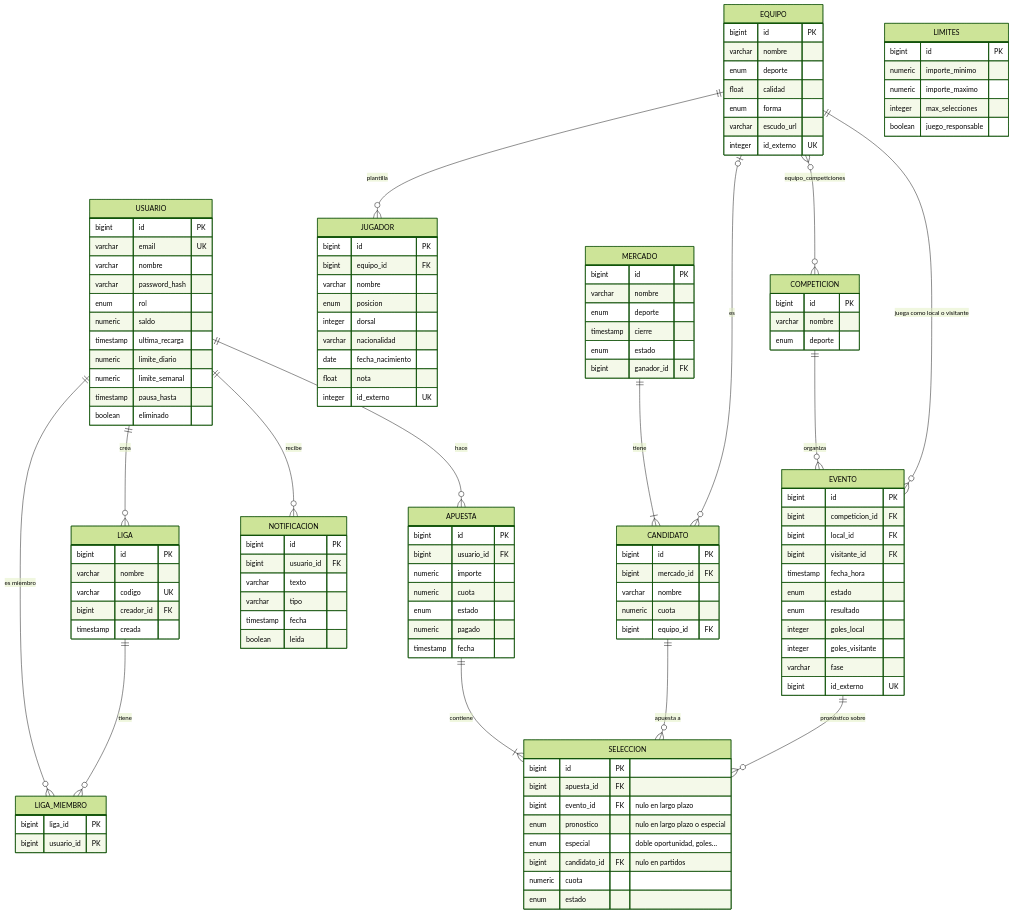
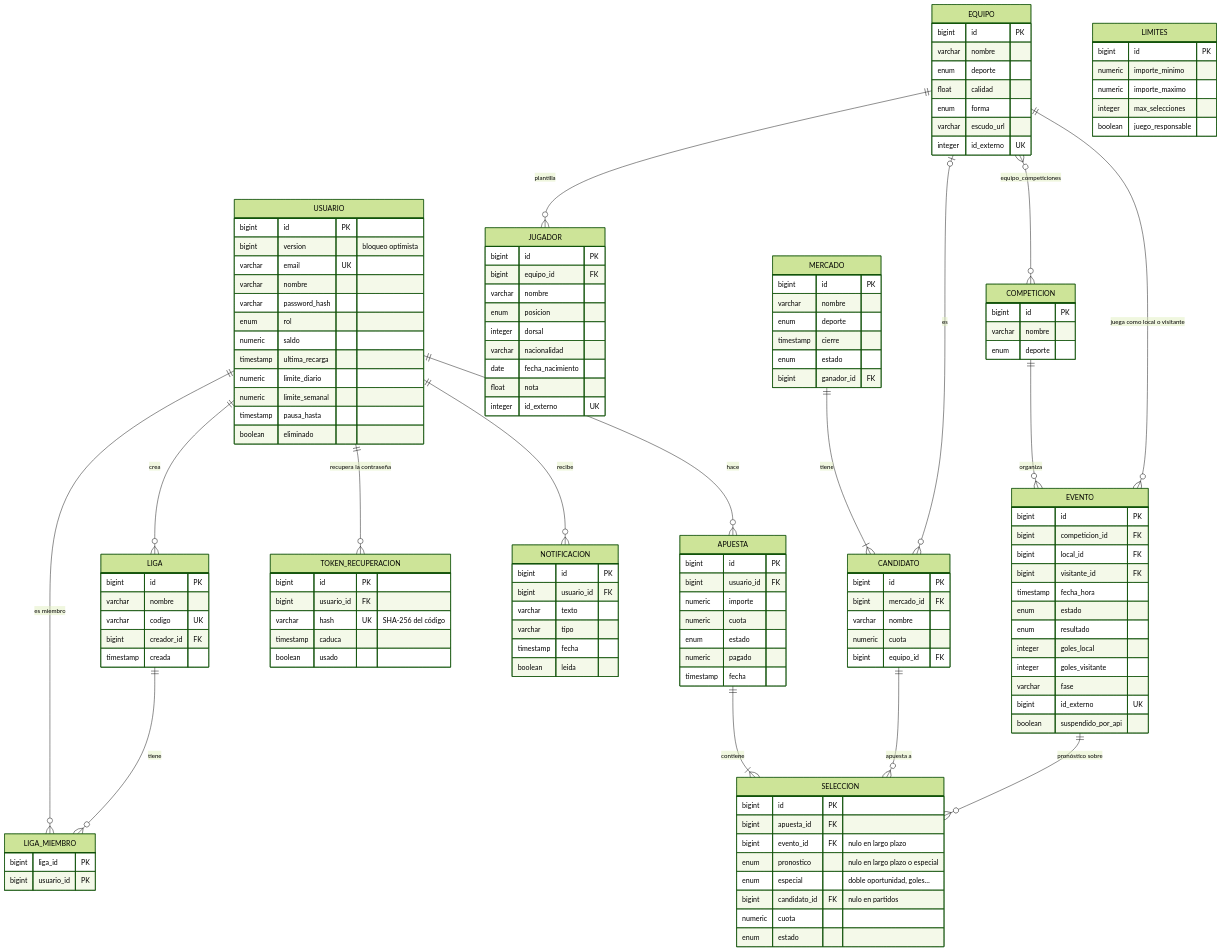
The ninth of 9 diagrams in docs/diseno/uml.md (riverri/IS1), drawn with Mermaid (forest theme) before and after one commit. The commit also changed other lines of this file and 7 other files, not shown here.

First line of the commit message:
docs: diagramas UML al día y en la wiki, y guía completa del proyecto

```diff
--- a/docs/diseno/uml.md
+++ b/docs/diseno/uml.md
@@ -456,6 +468,7 @@
 erDiagram
     USUARIO ||--o{ APUESTA : hace
     USUARIO ||--o{ NOTIFICACION : recibe
+    USUARIO ||--o{ TOKEN_RECUPERACION : "recupera la contraseña"
     APUESTA ||--|{ SELECCION : contiene
     EVENTO ||--o{ SELECCION : "pronóstico sobre"
     CANDIDATO ||--o{ SELECCION : "apuesta a"
@@ -471,6 +484,7 @@
 
     USUARIO {
         bigint id PK
+        bigint version "bloqueo optimista"
         varchar email UK
         varchar nombre
         varchar password_hash
@@ -513,6 +527,7 @@
         integer goles_visitante
         varchar fase
         bigint id_externo UK
+        boolean suspendido_por_api
     }
     EQUIPO {
         bigint id PK
@@ -573,6 +588,13 @@
         timestamp fecha
         boolean leida
     }
+    TOKEN_RECUPERACION {
+        bigint id PK
+        bigint usuario_id FK
+        varchar hash UK "SHA-256 del código"
+        timestamp caduca
+        boolean usado
+    }
     LIMITES {
         bigint id PK
         numeric importe_minimo
```
